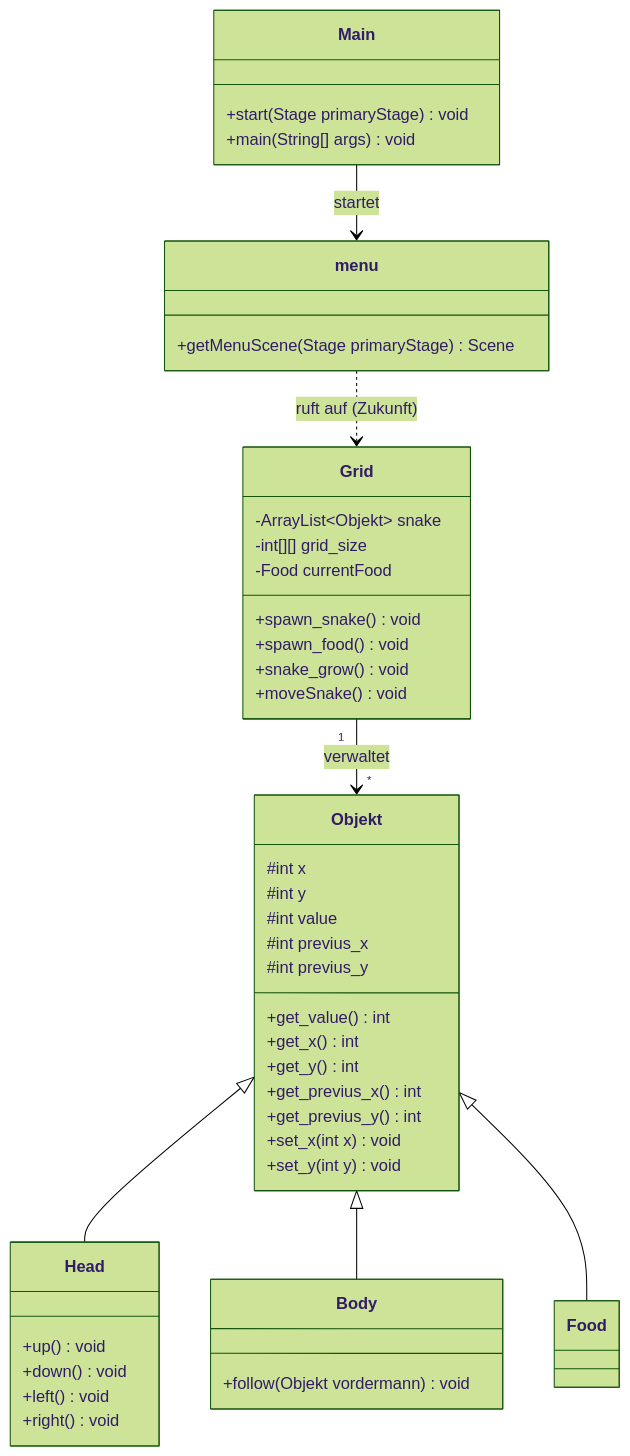
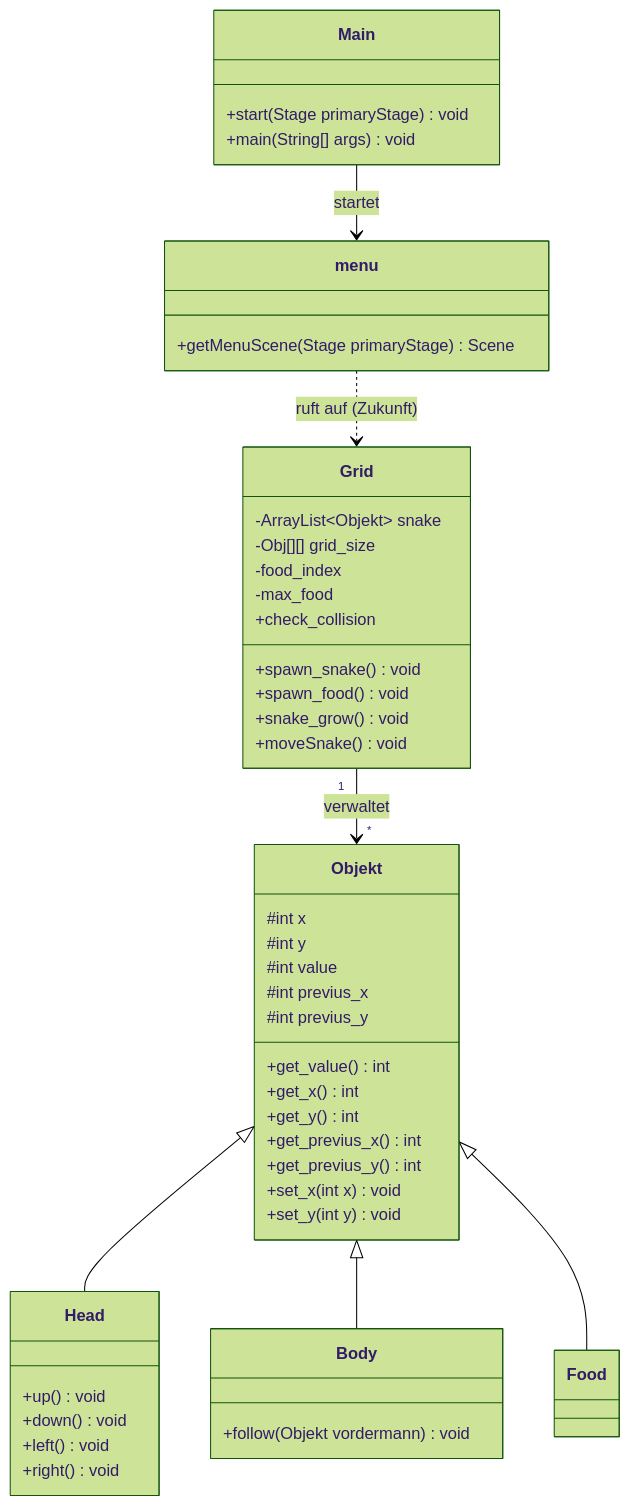
One commit to Filipprul/TG12_filrul_sofdom_andspa changed the first of 6 diagrams in docs/ARCHITECTURE.md. Above: the diagram before and after it, drawn with Mermaid (forest theme).

````diff
--- a/docs/ARCHITECTURE.md
+++ b/docs/ARCHITECTURE.md
@@ -11,62 +11,65 @@
 ```mermaid
 classDiagram
     %% Vererbungshierarchie (game.objects)
     class Objekt {
         #int x
         #int y
         #int value
         #int previus_x
         #int previus_y
         +get_value() int
         +get_x() int
         +get_y() int
         +get_previus_x() int
         +get_previus_y() int
         +set_x(int x) void
         +set_y(int y) void
     }
 
     class Head {
         +up() void
         +down() void
         +left() void
         +right() void
     }
 
     class Body {
         +follow(Objekt vordermann) void
     }
 
     class Food {
     }
 
     Objekt <|-- Head
     Objekt <|-- Body
     Objekt <|-- Food
 
     %% Kernlogik und Verwaltung (game.core)
     class Grid {
         -ArrayList~Objekt~ snake
-        -int[][] grid_size
-        -Food currentFood
+        -Obj[][] grid_size
+        -food_index
+        -max_food
+        +check_collision
+
         +spawn_snake() void
         +spawn_food() void
         +snake_grow() void
         +moveSnake() void
     }
 
     Grid "1" --> "*" Objekt : verwaltet
 
     %% Menü und App-Start (menu / src)
     class menu {
         +getMenuScene(Stage primaryStage) Scene
     }
 
     class Main {
         +start(Stage primaryStage) void
         +main(String[] args) void
     }
 
     Main --> menu : startet
     menu ..> Grid : ruft auf (Zukunft)
 ```
````
